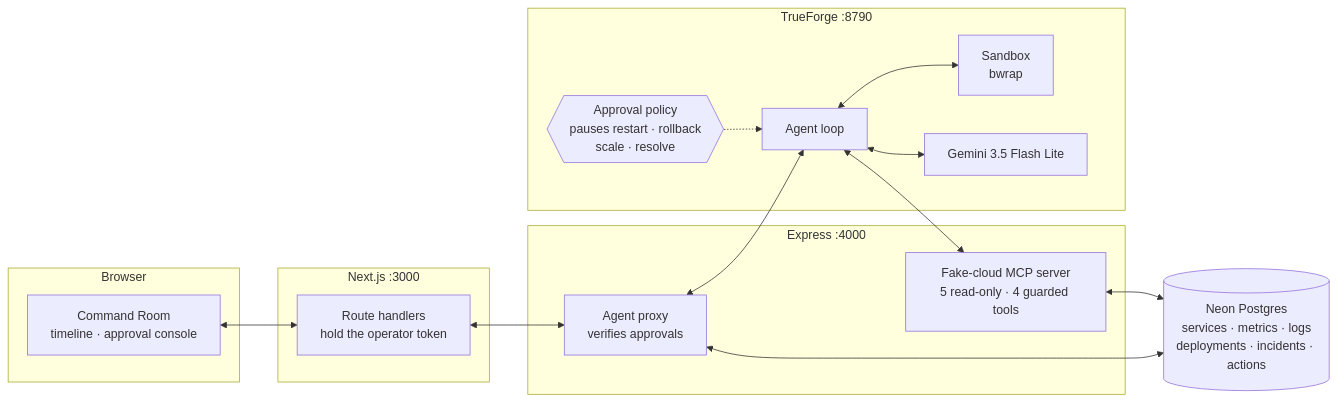
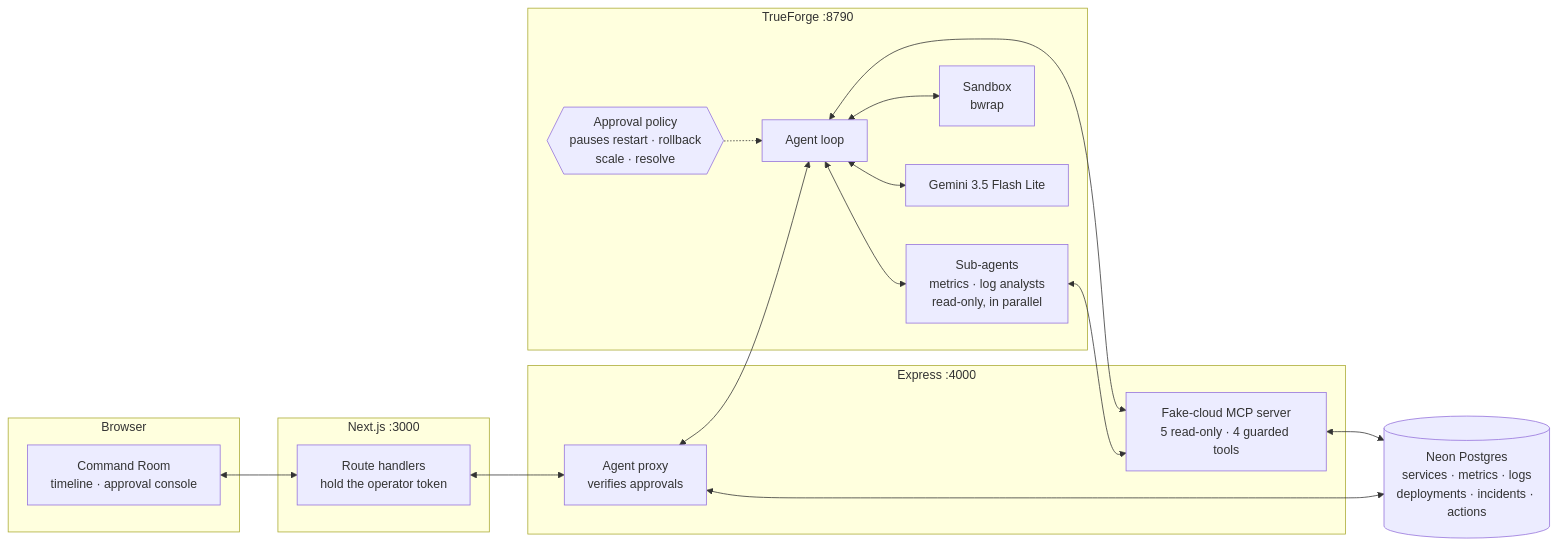
One commit to Anamiiikka/Mayday changed the first of 2 diagrams in README.md. Above: the diagram before and after it, drawn with Mermaid. The commit also changed other lines of this file, not shown here.

````diff
--- a/README.md
+++ b/README.md
@@ -78,34 +78,37 @@
 ```mermaid
 flowchart LR
     subgraph browser["Browser"]
         UI["Command Room<br/>timeline · approval console"]
     end
 
     subgraph next["Next.js :3000"]
         RH["Route handlers<br/>hold the operator token"]
     end
 
     subgraph api["Express :4000"]
         PROXY["Agent proxy<br/>verifies approvals"]
         MCP["Fake-cloud MCP server<br/>5 read-only · 4 guarded tools"]
     end
 
     subgraph tf["TrueForge :8790"]
         GATE{{"Approval policy<br/>pauses restart · rollback<br/>scale · resolve"}}
         LOOP["Agent loop"]
+        SUBS["Sub-agents<br/>metrics · log analysts<br/>read-only, in parallel"]
         SB["Sandbox<br/>bwrap"]
         LLM["Gemini 3.5 Flash Lite"]
     end
 
     DB[("Neon Postgres<br/>services · metrics · logs<br/>deployments · incidents · actions")]
 
     UI <--> RH
     RH <--> PROXY
     PROXY <--> LOOP
     GATE -.-> LOOP
+    LOOP <--> SUBS
     LOOP <--> SB
     LOOP <--> LLM
     LOOP <--> MCP
+    SUBS <--> MCP
     MCP <--> DB
     PROXY <--> DB
 ```
````
